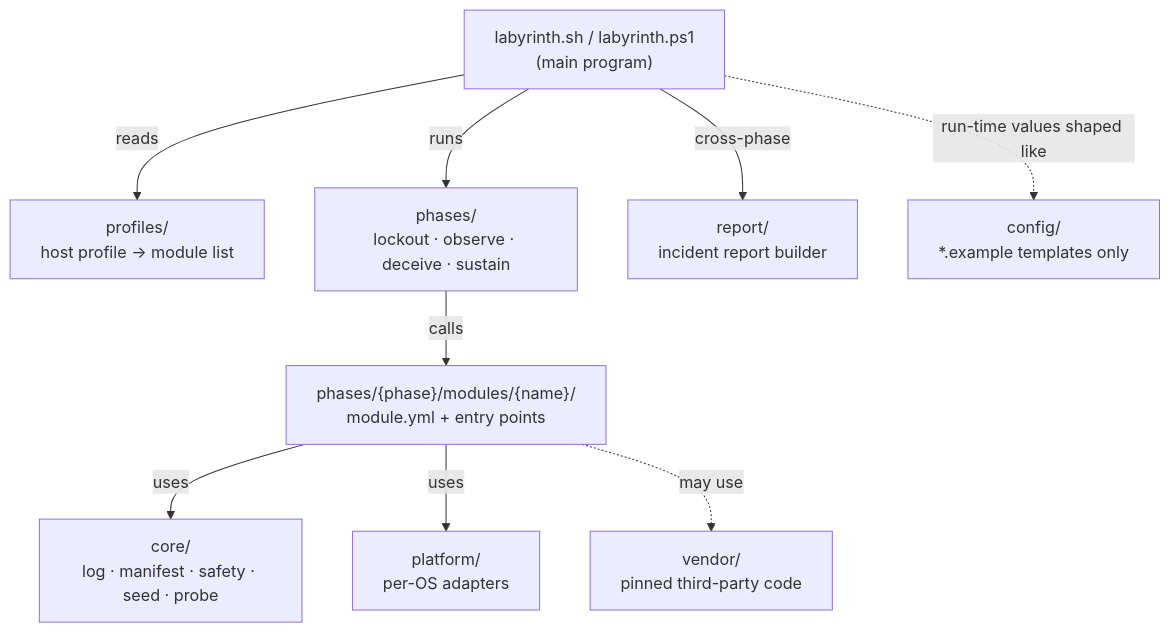
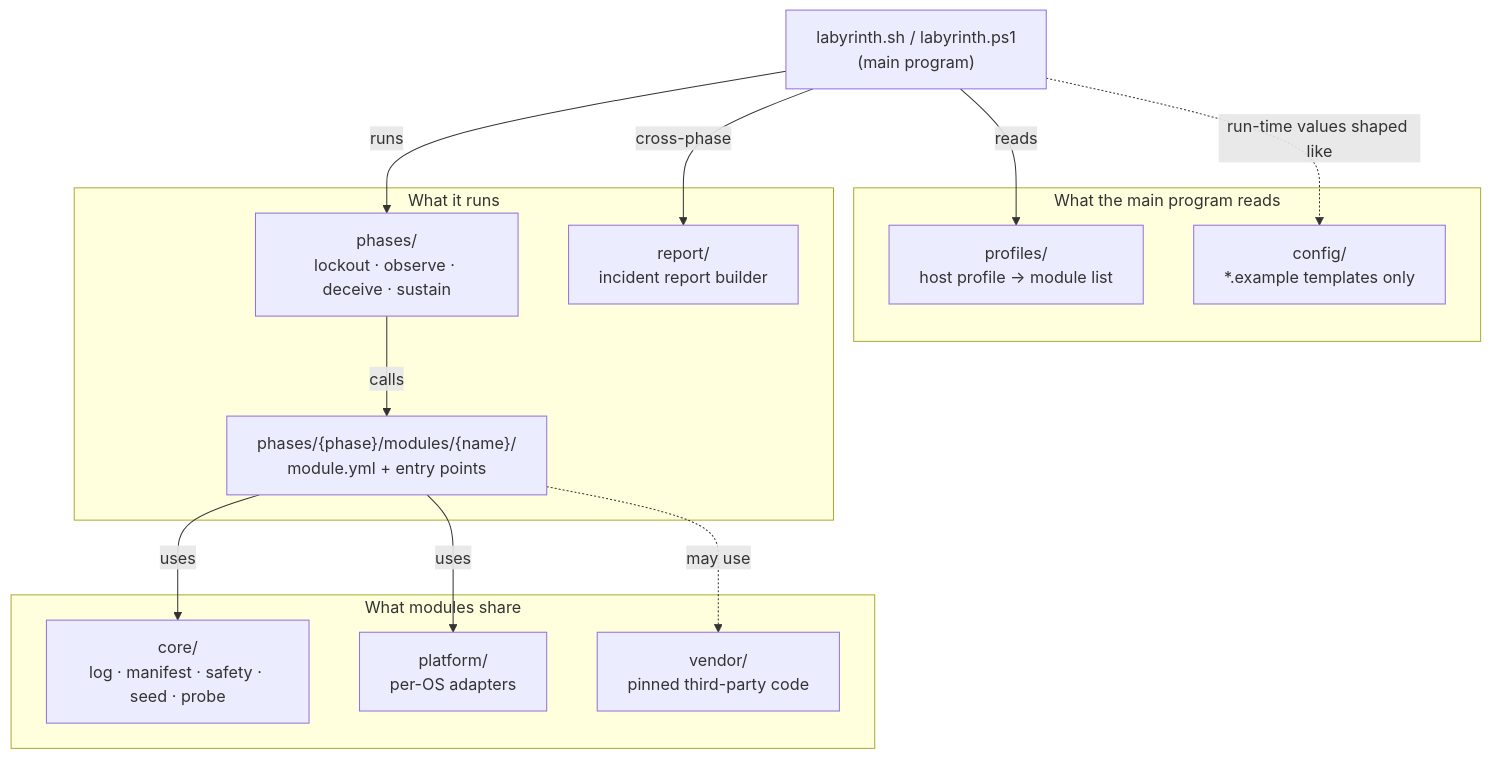
Before and after one commit to dotnetdork/Labyrinth: the second of 3 diagrams in docs/design/00-Module-Contract-and-Layout.md, drawn with Mermaid. The commit also changed other lines of this file and 6 other files, not shown here.

First line of the commit message:
Improve and add Mermaid diagrams

````diff
--- a/docs/design/00-Module-Contract-and-Layout.md
+++ b/docs/design/00-Module-Contract-and-Layout.md
@@ -71,20 +71,26 @@
 ```mermaid
 flowchart TD
     MAIN["labyrinth.sh / labyrinth.ps1<br/>(main program)"]
-    PROF["profiles/<br/>host profile → module list"]
-    CORE["core/<br/>log · manifest · safety · seed · probe"]
-    PH["phases/<br/>lockout · observe · deceive · sustain"]
-    MOD["phases/{phase}/modules/{name}/<br/>module.yml + entry points"]
-    PLAT["platform/<br/>per-OS adapters"]
-    REP["report/<br/>incident report builder"]
-    CFG["config/<br/>*.example templates only"]
-    VEN["vendor/<br/>pinned third-party code"]
+    subgraph inputs["What the main program reads"]
+        PROF["profiles/<br/>host profile → module list"]
+        CFG["config/<br/>*.example templates only"]
+    end
+    subgraph work["What it runs"]
+        PH["phases/<br/>lockout · observe · deceive · sustain"]
+        MOD["phases/{phase}/modules/{name}/<br/>module.yml + entry points"]
+        REP["report/<br/>incident report builder"]
+    end
+    subgraph shared["What modules share"]
+        CORE["core/<br/>log · manifest · safety · seed · probe"]
+        PLAT["platform/<br/>per-OS adapters"]
+        VEN["vendor/<br/>pinned third-party code"]
+    end
     MAIN -->|reads| PROF
     MAIN -->|runs| PH
     PH -->|calls| MOD
     MOD -->|uses| CORE
     MOD -->|uses| PLAT
     MOD -.->|may use| VEN
     MAIN -.->|run-time values shaped like| CFG
     MAIN -->|cross-phase| REP
 ```
````
